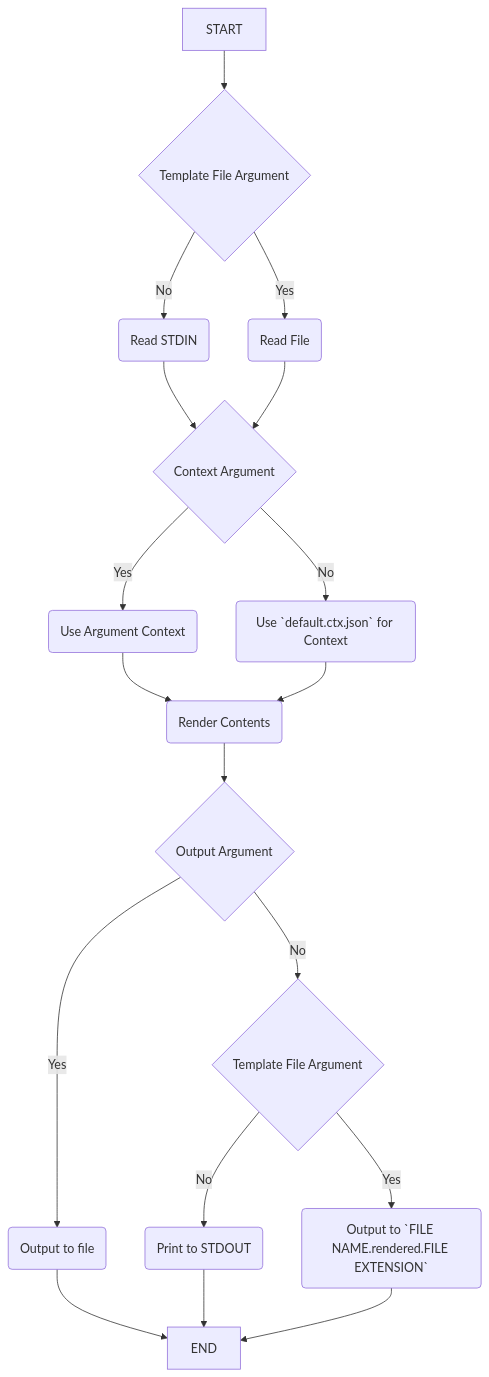
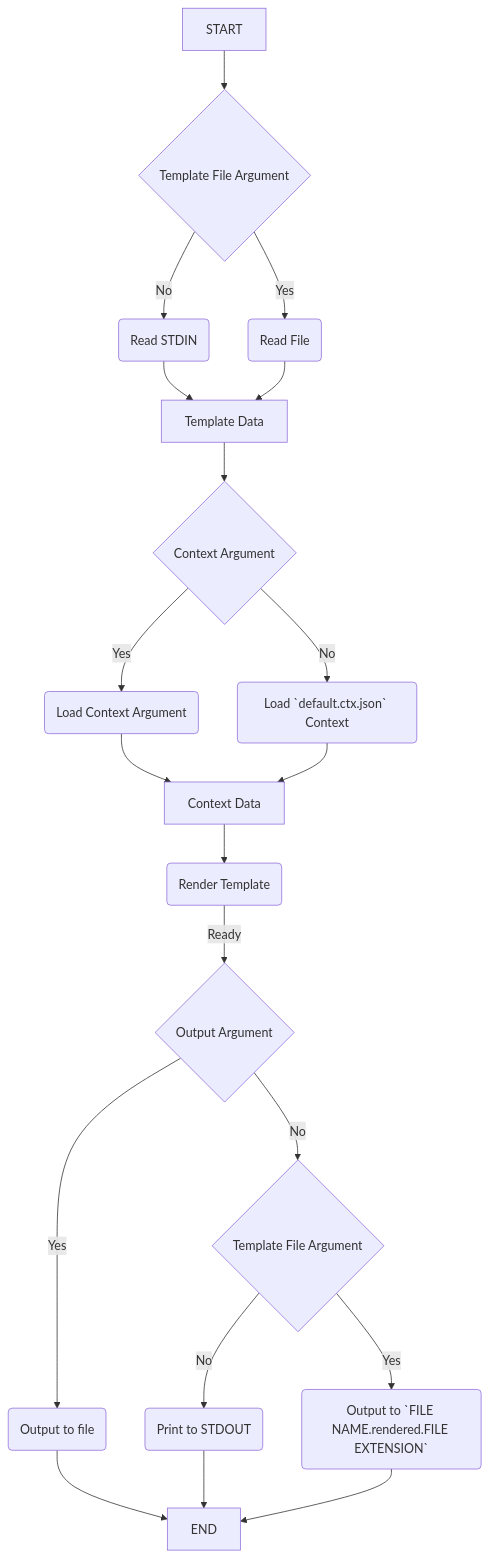
The diagram in rfcs/00-cli.md (DK26/rendit), drawn with Mermaid before and after one commit.

Commit message:
Updated CLI RFS Flowchart

````diff
--- a/rfcs/00-cli.md
+++ b/rfcs/00-cli.md
@@ -11,26 +11,28 @@
 ```mermaid
 graph TD;
     Z[START]-->A;
     A{Template File Argument};
     A--> |Yes| B(Read File);
     A--> |No| F(Read STDIN);
-    F-->C;
-    B-->C;
+    F-->Q;
+    B-->Q;
+    Q[Template Data]-->C;
     C{Context Argument};
-    C--> |Yes| E(Use Argument Context);
-    C--> |No| D(Use `default.ctx.json` for Context);
-    E-->G;
-    D-->G;
-    G(Render Contents);
-    G-->H;
+    C--> |Yes| E(Load Context Argument);
+    C--> |No| D(Load `default.ctx.json` Context);
+    E-->W;
+    D-->W;
+    W[Context Data]-->G;
+    G(Render Template);
+    G-->|Ready|H;
     H{Output Argument};
     H-->|No|L;
     H-->|Yes|O(Output to file)
     O-->X;
     L{Template File Argument};
     L-->|Yes|J(Output to `FILE NAME.rendered.FILE EXTENSION`);
     L-->|No|K(Print to STDOUT);
     K-->X;
     J-->X;
     X[END]
 ```  
````
